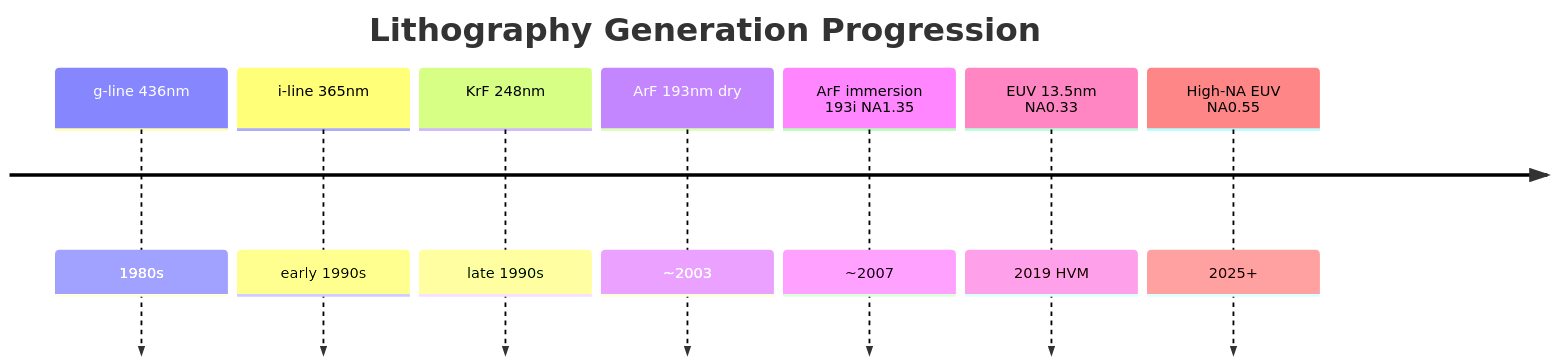
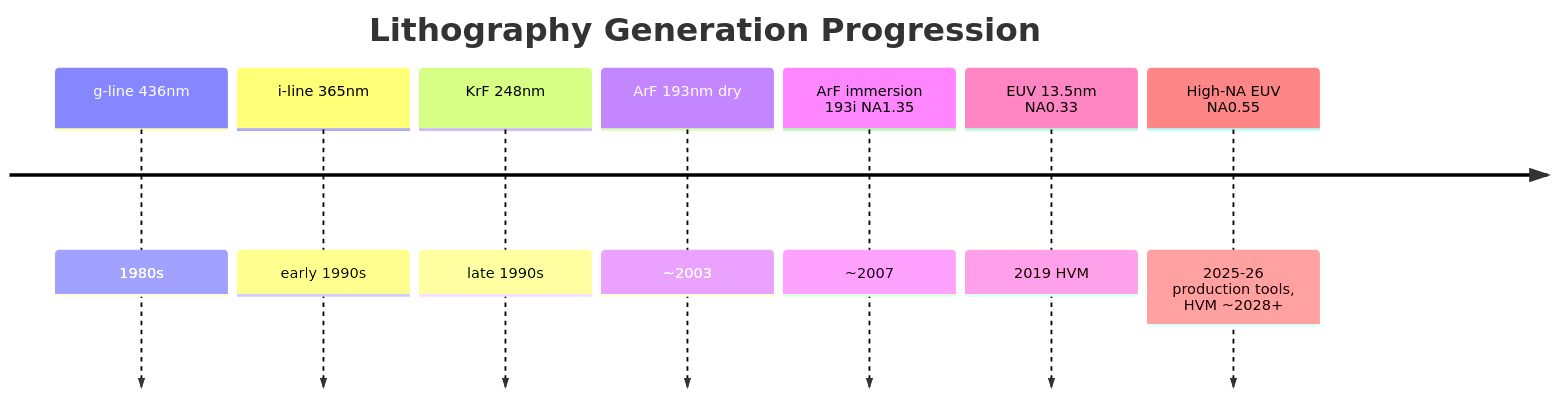
One commit to FrankHuang94/semicap_technologies_claude changed the second of 3 diagrams in 03_lithography.md. Above: the diagram before and after it, drawn with Mermaid. The commit also changed other lines of this file and 60 other files, not shown here.

````diff
--- a/03_lithography.md
+++ b/03_lithography.md
@@ -28,11 +28,11 @@
 ```mermaid
 timeline
     title Lithography Generation Progression
     g-line 436nm : 1980s
     i-line 365nm : early 1990s
     KrF 248nm : late 1990s
     ArF 193nm dry : ~2003
     ArF immersion 193i NA1.35 : ~2007
     EUV 13.5nm NA0.33 : 2019 HVM
-    High-NA EUV NA0.55 : 2025+
+    High-NA EUV NA0.55 : 2025-26 production tools, HVM ~2028+
 ```
````
